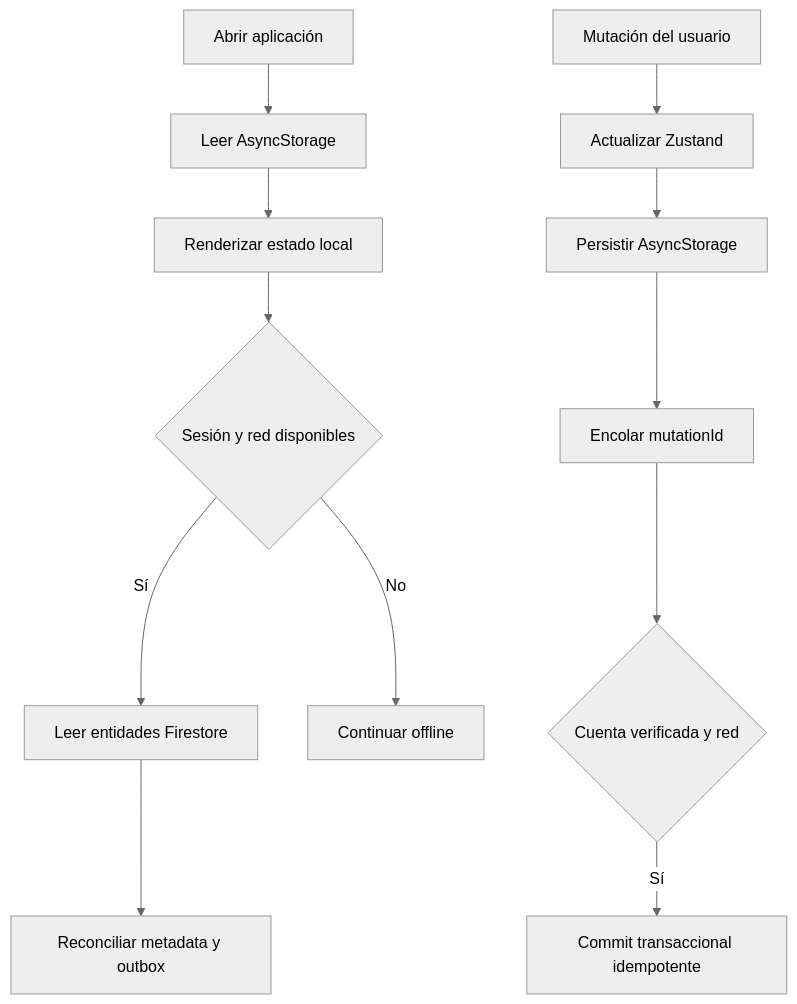
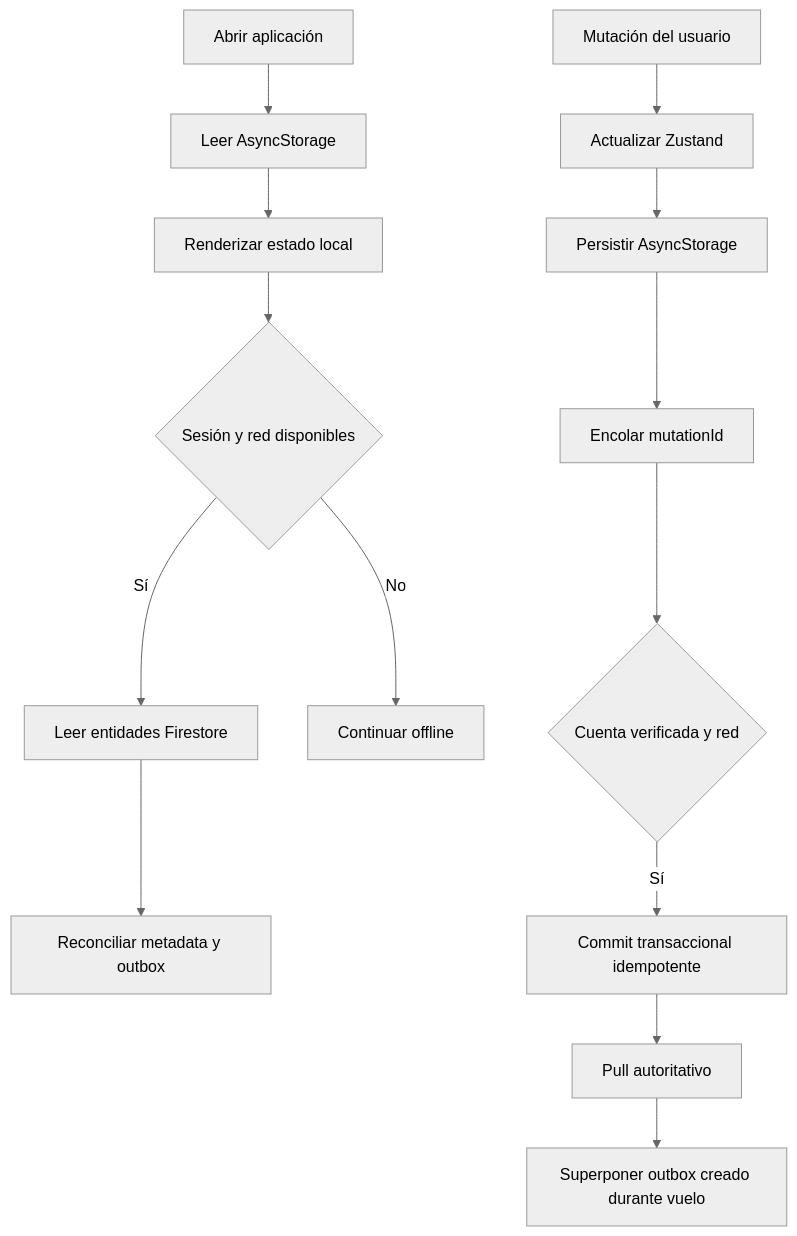
Before and after one commit to MiguelSalmeron/SUI: the diagram in docs/explanation/architecture.md, drawn with Mermaid (neutral theme). The commit also changed other lines of this file and 53 other files, not shown here.

````diff
--- a/docs/explanation/architecture.md
+++ b/docs/explanation/architecture.md
@@ -85,14 +96,16 @@
 ```mermaid
 graph TD
     A[Abrir aplicación] --> B[Leer AsyncStorage]
     B --> C[Renderizar estado local]
     C --> D{Sesión y red disponibles}
     D -- Sí --> E[Leer entidades Firestore]
     E --> F[Reconciliar metadata y outbox]
     D -- No --> G[Continuar offline]
     H[Mutación del usuario] --> I[Actualizar Zustand]
     I --> J[Persistir AsyncStorage]
     J --> K[Encolar mutationId]
     K --> L{Cuenta verificada y red}
     L -- Sí --> M[Commit transaccional idempotente]
+    M --> N[Pull autoritativo]
+    N --> O[Superponer outbox creado durante vuelo]
 ```
````
